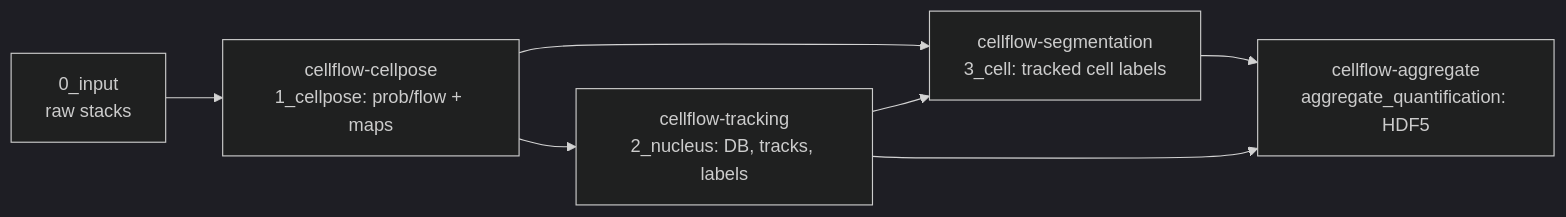
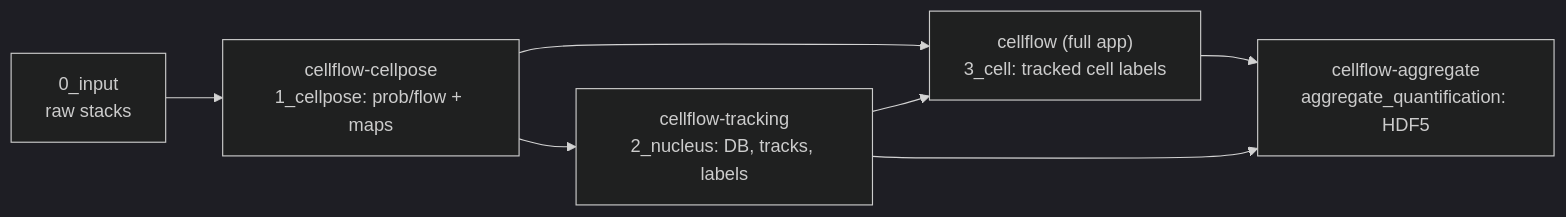
The diagram in docs/manual/index.md (ArturRuppel/ITASC), drawn with Mermaid (dark theme) before and after one commit. The commit also changed other lines of this file and 15 other files, not shown here.

First line of the commit message:
refactor(napari): trim plugin menu to 4 tools; retire cellflow-segmentation wheel

````diff
--- a/docs/manual/index.md
+++ b/docs/manual/index.md
@@ -27,10 +31,10 @@
 ```{mermaid}
 flowchart LR
     raw["0_input<br/>raw stacks"] --> cp
     cp["cellflow-cellpose<br/>1_cellpose: prob/flow + maps"] --> trk
     cp --> seg
     trk["cellflow-tracking<br/>2_nucleus: DB, tracks, labels"] --> seg
-    seg["cellflow-segmentation<br/>3_cell: tracked cell labels"] --> agg
+    seg["cellflow (full app)<br/>3_cell: tracked cell labels"] --> agg
     trk --> agg
     agg["cellflow-aggregate<br/>aggregate_quantification: HDF5"]
 ```
````
